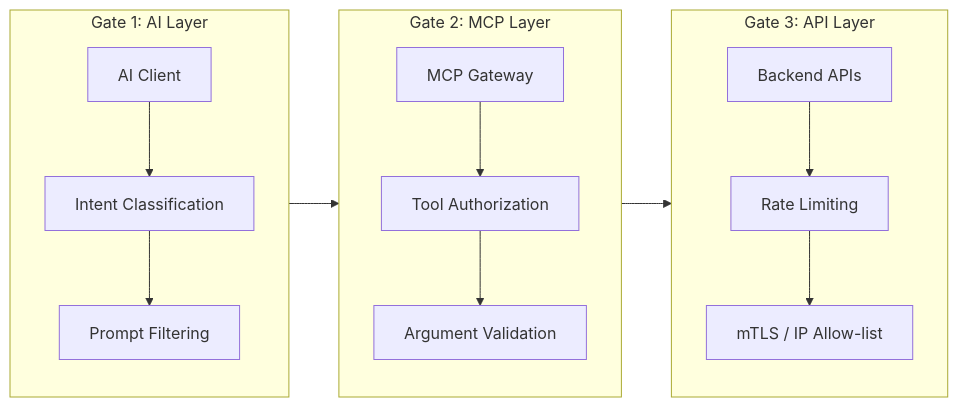
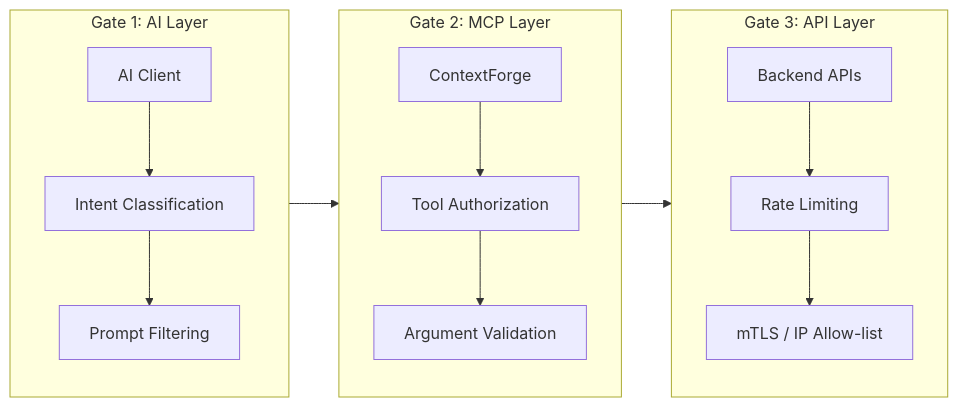
Before and after one commit to tedhabeck/mcp-context-forge: the second of 5 diagrams in docs/docs/best-practices/selecting-an-mcp-gateway.md, drawn with Mermaid. The commit also changed other lines of this file and 583 other files, not shown here.

First line of the commit message:
docs: rebrand to ContextForge AI Gateway (#3091)

````diff
--- a/docs/docs/best-practices/selecting-an-mcp-gateway.md
+++ b/docs/docs/best-practices/selecting-an-mcp-gateway.md
@@ -129,30 +129,30 @@
 ```mermaid
 flowchart LR
     subgraph gate1["Gate 1: AI Layer"]
         direction TB
         client["AI Client"]
         intent["Intent Classification"]
         filter["Prompt Filtering"]
     end
 
     subgraph gate2["Gate 2: MCP Layer"]
         direction TB
-        gateway["MCP Gateway"]
+        gateway["ContextForge"]
         authz["Tool Authorization"]
         validate["Argument Validation"]
     end
 
     subgraph gate3["Gate 3: API Layer"]
         direction TB
         backend["Backend APIs"]
         rate["Rate Limiting"]
         mtls["mTLS / IP Allow-list"]
     end
 
     client --> intent --> filter
     filter --> gateway
     gateway --> authz --> validate
     validate --> backend
     backend --> rate --> mtls
 
 ```
````
